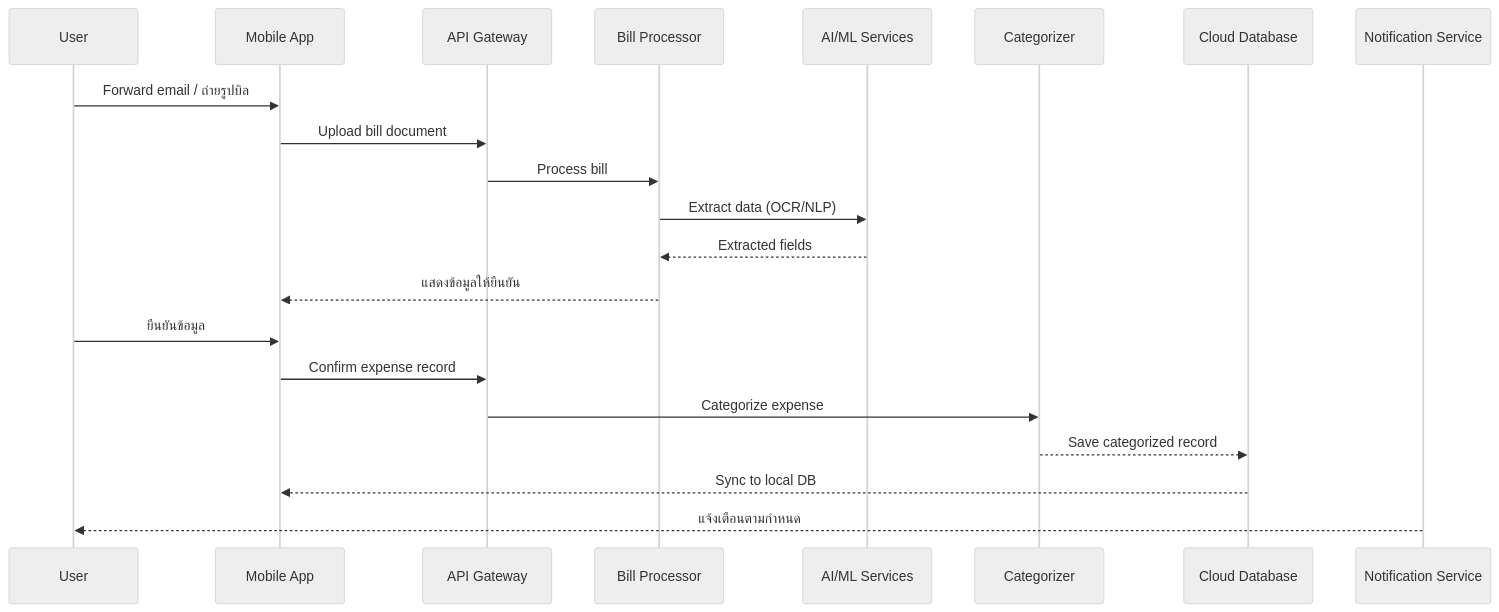
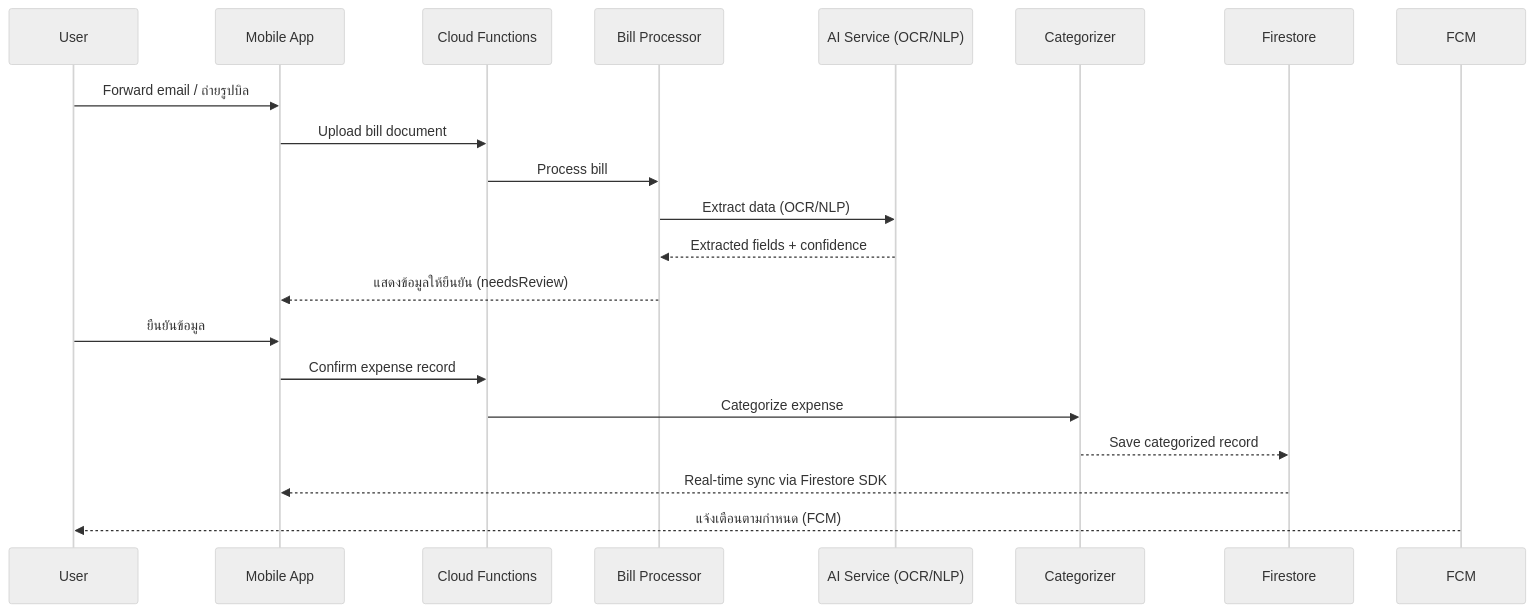
Before and after one commit to monkub003/BillBuddy: the second of 5 diagrams in .kiro/specs/billbuddy-mvp/design.md, drawn with Mermaid (neutral theme). The commit also changed other lines of this file and 73 other files, not shown here.

````diff
--- a/.kiro/specs/billbuddy-mvp/design.md
+++ b/.kiro/specs/billbuddy-mvp/design.md
@@ -87,24 +91,24 @@
 ```mermaid
 sequenceDiagram
     participant User
     participant App as Mobile App
-    participant API as API Gateway
+    participant CF as Cloud Functions
     participant BP as Bill Processor
-    participant AI as AI/ML Services
+    participant AI as AI Service (OCR/NLP)
     participant Cat as Categorizer
-    participant DB as Cloud Database
-    participant Notif as Notification Service
+    participant FS as Firestore
+    participant Notif as FCM
 
     User->>App: Forward email / ถ่ายรูปบิล
-    App->>API: Upload bill document
-    API->>BP: Process bill
+    App->>CF: Upload bill document
+    CF->>BP: Process bill
     BP->>AI: Extract data (OCR/NLP)
-    AI-->>BP: Extracted fields
-    BP-->>App: แสดงข้อมูลให้ยืนยัน
+    AI-->>BP: Extracted fields + confidence
+    BP-->>App: แสดงข้อมูลให้ยืนยัน (needsReview)
     User->>App: ยืนยันข้อมูล
-    App->>API: Confirm expense record
-    API->>Cat: Categorize expense
-    Cat-->>DB: Save categorized record
-    DB-->>App: Sync to local DB
-    Notif-->>User: แจ้งเตือนตามกำหนด
+    App->>CF: Confirm expense record
+    CF->>Cat: Categorize expense
+    Cat-->>FS: Save categorized record
+    FS-->>App: Real-time sync via Firestore SDK
+    Notif-->>User: แจ้งเตือนตามกำหนด (FCM)
 ```
````
